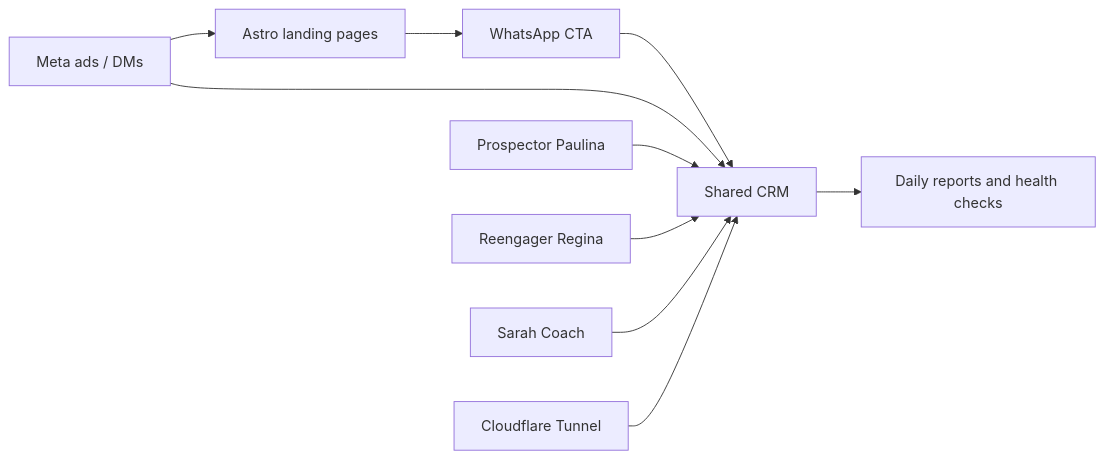
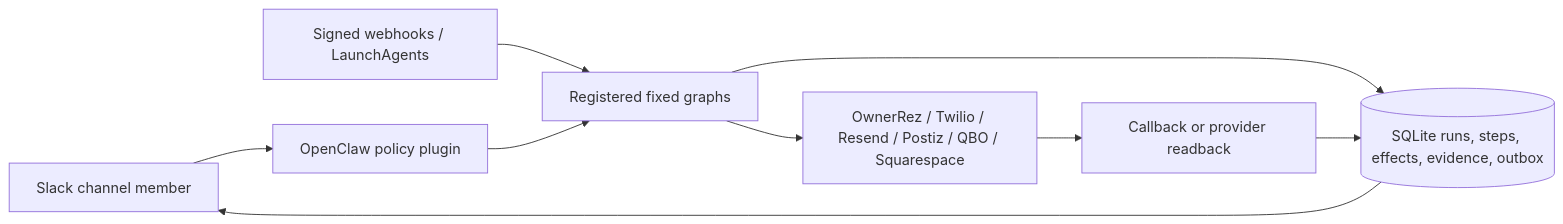
One commit to lapuestadelsolresort/SocialSol changed the diagram in ARCHITECTURE.md. Above: the diagram before and after it, drawn with Mermaid. The commit also changed other lines of this file and 108 other files, not shown here.

````diff
--- a/ARCHITECTURE.md
+++ b/ARCHITECTURE.md
@@ -42,12 +49,11 @@
 ```mermaid
 flowchart LR
-  Meta["Meta ads / DMs"] --> LP["Astro landing pages"]
-  LP --> WA["WhatsApp CTA"]
-  WA --> CRM["Shared CRM"]
-  Meta --> CRM
-  Paulina["Prospector Paulina"] --> CRM
-  Regina["Reengager Regina"] --> CRM
-  Sarah["Sarah Coach"] --> CRM
-  CRM --> Reports["Daily reports and health checks"]
-  Tunnel["Cloudflare Tunnel"] --> CRM
+  Slack["Slack channel member"] --> OpenClaw["OpenClaw policy plugin"]
+  Hooks["Signed webhooks / LaunchAgents"] --> Graphs["Registered fixed graphs"]
+  OpenClaw --> Graphs
+  Graphs --> DB[("SQLite runs, steps, effects, evidence, outbox")]
+  Graphs --> Providers["OwnerRez / Twilio / Resend / Postiz / QBO / Squarespace"]
+  Providers --> Verify["Callback or provider readback"]
+  Verify --> DB
+  DB --> Slack
 ```
````
